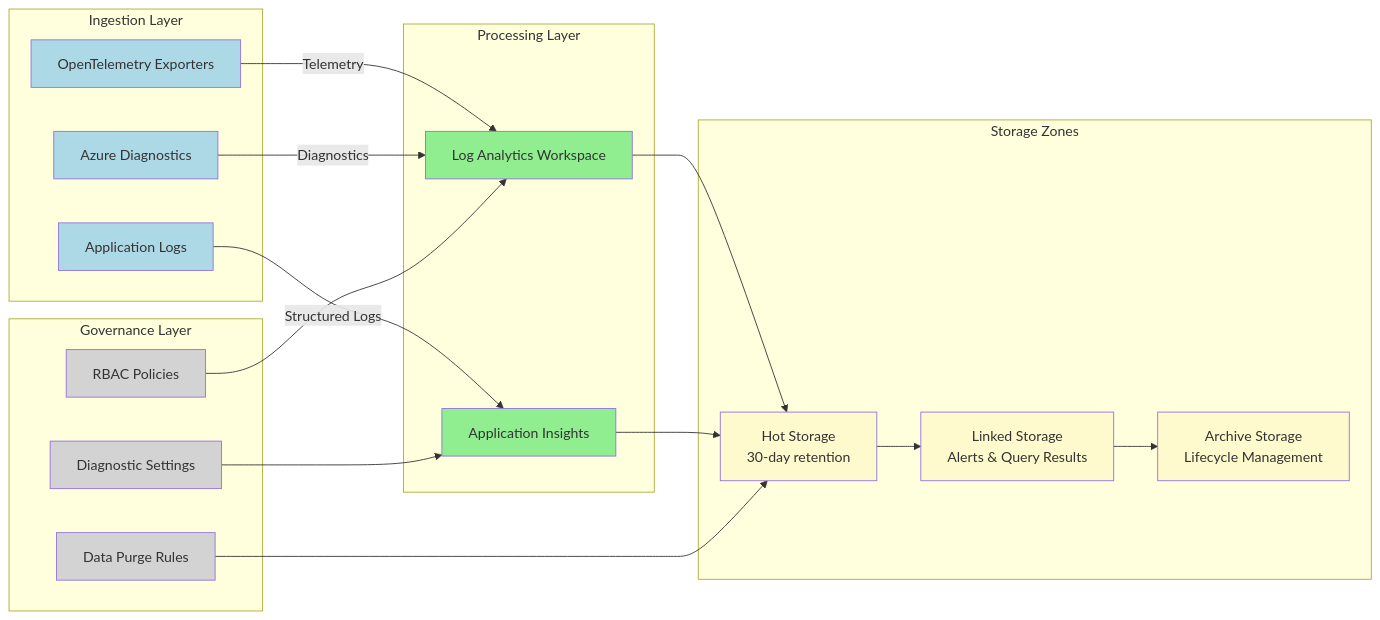
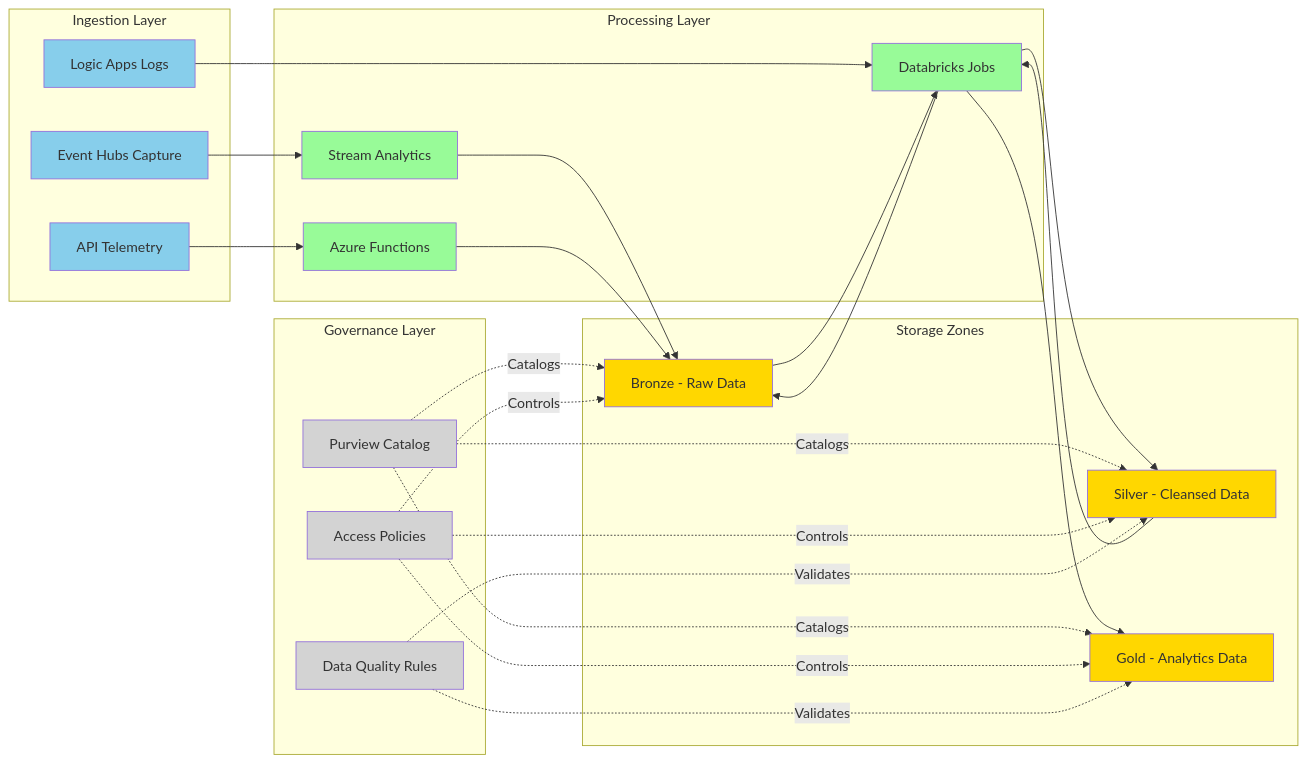
The fifth of 13 diagrams in bdat.md (Evilazaro/Azure-LogicApps-Monitoring), drawn with Mermaid before and after one commit. The commit also changed other lines of this file, not shown here.

````diff
--- a/bdat.md
+++ b/bdat.md
@@ -223,48 +261,62 @@
 ```mermaid
-graph LR
+flowchart LR
     subgraph "Ingestion Layer"
-        A[OpenTelemetry Exporters]
-        B[Azure Diagnostics]
-        C[Application Logs]
+        I1[Event Hubs Capture]
+        I2[Logic Apps Logs]
+        I3[API Telemetry]
     end
     
     subgraph "Processing Layer"
-        D[Log Analytics Workspace]
-        E[Application Insights]
+        P1[Stream Analytics]
+        P2[Databricks Jobs]
+        P3[Azure Functions]
     end
     
     subgraph "Storage Zones"
-        F[Hot Storage<br/>30-day retention]
-        G[Linked Storage<br/>Alerts & Query Results]
-        H[Archive Storage<br/>Lifecycle Management]
+        S1[Bronze - Raw Data]
+        S2[Silver - Cleansed Data]
+        S3[Gold - Analytics Data]
     end
     
     subgraph "Governance Layer"
-        I[RBAC Policies]
-        J[Diagnostic Settings]
-        K[Data Purge Rules]
+        G1[Purview Catalog]
+        G2[Access Policies]
+        G3[Data Quality Rules]
     end
     
-    A -->|Telemetry| D
-    B -->|Diagnostics| D
-    C -->|Structured Logs| E
-    D --> F
-    E --> F
-    F --> G
-    G --> H
-    I --> D
-    J --> E
-    K --> F
+    I1 --> P1
+    I2 --> P2
+    I3 --> P3
     
-    style A fill:#ADD8E6
-    style B fill:#ADD8E6
-    style C fill:#ADD8E6
-    style D fill:#90EE90
-    style E fill:#90EE90
-    style F fill:#FFFACD
-    style G fill:#FFFACD
-    style H fill:#FFFACD
-    style I fill:#D3D3D3
-    style J fill:#D3D3D3
-    style K fill:#D3D3D3
+    P1 --> S1
+    P2 --> S1
+    P3 --> S1
+    
+    S1 --> P2
+    P2 --> S2
+    
+    S2 --> P2
+    P2 --> S3
+    
+    G1 -.->|Catalogs| S1
+    G1 -.->|Catalogs| S2
+    G1 -.->|Catalogs| S3
+    G2 -.->|Controls| S1
+    G2 -.->|Controls| S2
+    G2 -.->|Controls| S3
+    G3 -.->|Validates| S2
+    G3 -.->|Validates| S3
+    
+    style I1 fill:#87CEEB
+    style I2 fill:#87CEEB
+    style I3 fill:#87CEEB
+    style P1 fill:#98FB98
+    style P2 fill:#98FB98
+    style P3 fill:#98FB98
+    style S1 fill:#FFD700
+    style S2 fill:#FFD700
+    style S3 fill:#FFD700
+    style G1 fill:#D3D3D3
+    style G2 fill:#D3D3D3
+    style G3 fill:#D3D3D3
 ```
````
